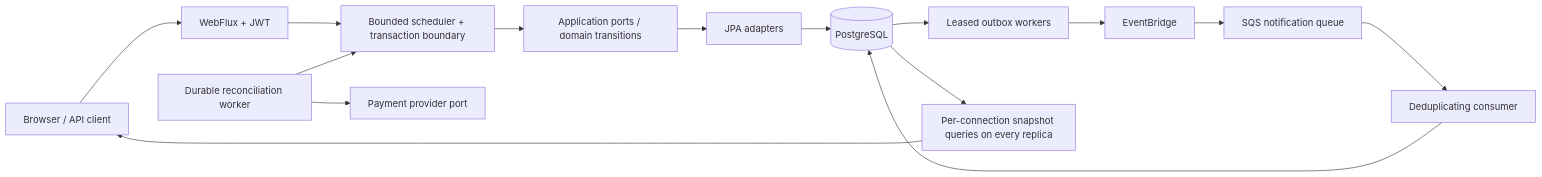
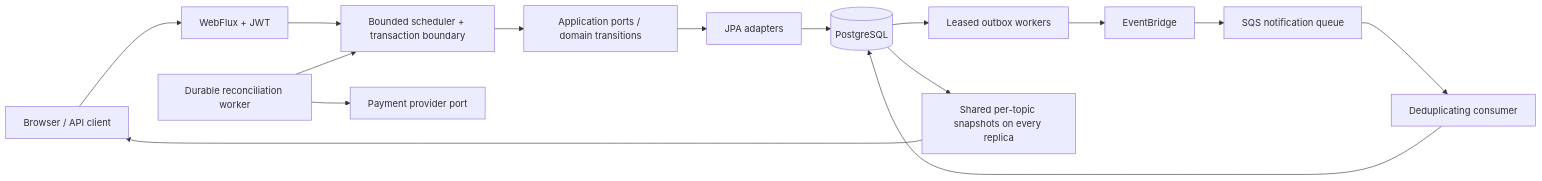
One commit to kaizenchandra/movie-ticket-booking-aws-eventbridge changed the diagram in docs/architecture.md. Above: the diagram before and after it, drawn with Mermaid. The commit also changed other lines of this file and 25 other files, not shown here.

````diff
--- a/docs/architecture.md
+++ b/docs/architecture.md
@@ -3,17 +3,17 @@
 ```mermaid
 flowchart LR
   Browser[Browser / API client] --> HTTP[WebFlux + JWT]
   HTTP --> Boundary[Bounded scheduler + transaction boundary]
   Boundary --> Core[Application ports / domain transitions]
   Core --> JPA[JPA adapters]
   JPA --> DB[(PostgreSQL)]
   DB --> Outbox[Leased outbox workers]
   Outbox --> EB[EventBridge]
   EB --> SQS[SQS notification queue]
   SQS --> Consumer[Deduplicating consumer]
   Consumer --> DB
   Payments[Durable reconciliation worker] --> Provider[Payment provider port]
   Payments --> Boundary
-  DB --> Snapshots[Per-connection snapshot queries on every replica]
+  DB --> Snapshots[Shared per-topic snapshots on every replica]
   Snapshots --> Browser
 ```
````
